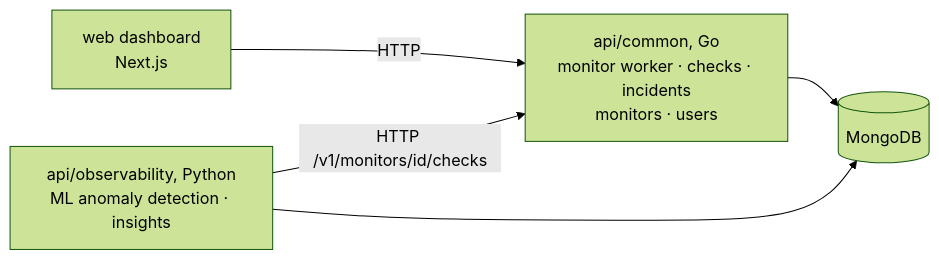
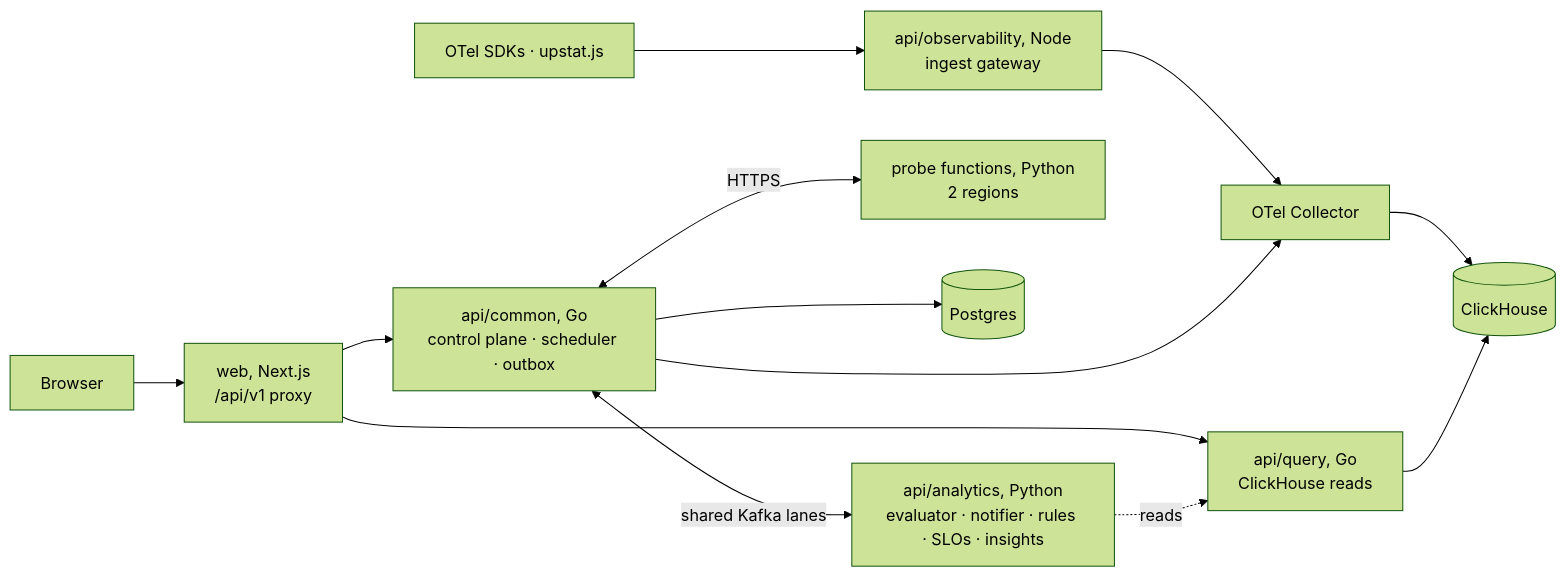
The diagram in README.md (cuesoftinc/upstat), drawn with Mermaid (forest theme) before and after one commit. The commit also changed other lines of this file and 253 other files, not shown here.

````diff
--- a/README.md
+++ b/README.md
@@ -26,7 +26,14 @@
 ```mermaid
 flowchart LR
-    WEB[web dashboard<br/>Next.js] -->|HTTP| AC[api/common, Go<br/>monitor worker · checks · incidents<br/>monitors · users]
-    OBS[api/observability, Python<br/>ML anomaly detection · insights] -->|HTTP /v1/monitors/id/checks| AC
-    AC --> MG[(MongoDB)]
-    OBS --> MG
+    BR[Browser] --> WEB[web, Next.js<br/>/api/v1 proxy]
+    SDK[OTel SDKs · upstat.js] --> GW[api/observability, Node<br/>ingest gateway]
+    WEB --> AC[api/common, Go<br/>control plane · scheduler · outbox]
+    WEB --> Q[api/query, Go<br/>ClickHouse reads]
+    AC <-->|HTTPS| PR[probe functions, Python<br/>2 regions]
+    AC --> PG[(Postgres)]
+    AC <-->|shared Kafka lanes| AN[api/analytics, Python<br/>evaluator · notifier · rules · SLOs · insights]
+    GW --> COL[OTel Collector] --> CH[(ClickHouse)]
+    AC --> COL
+    Q --> CH
+    AN -. reads .-> Q
 ```
````
